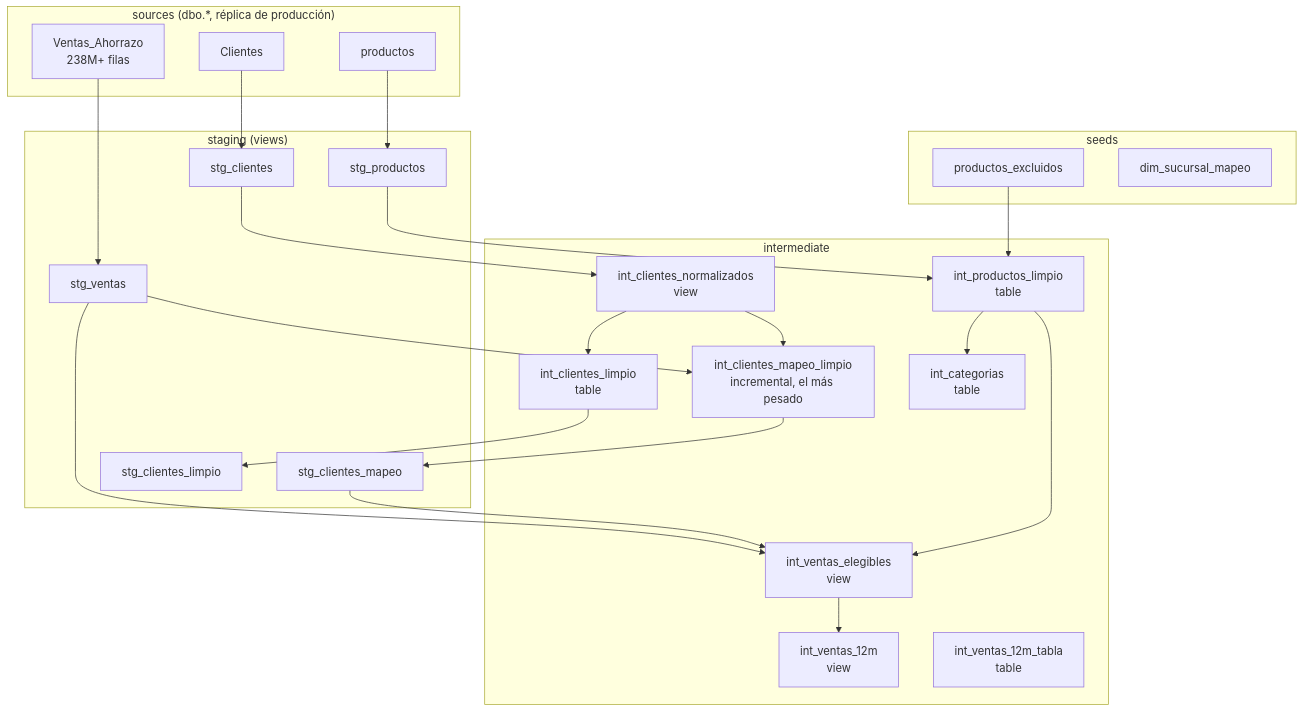
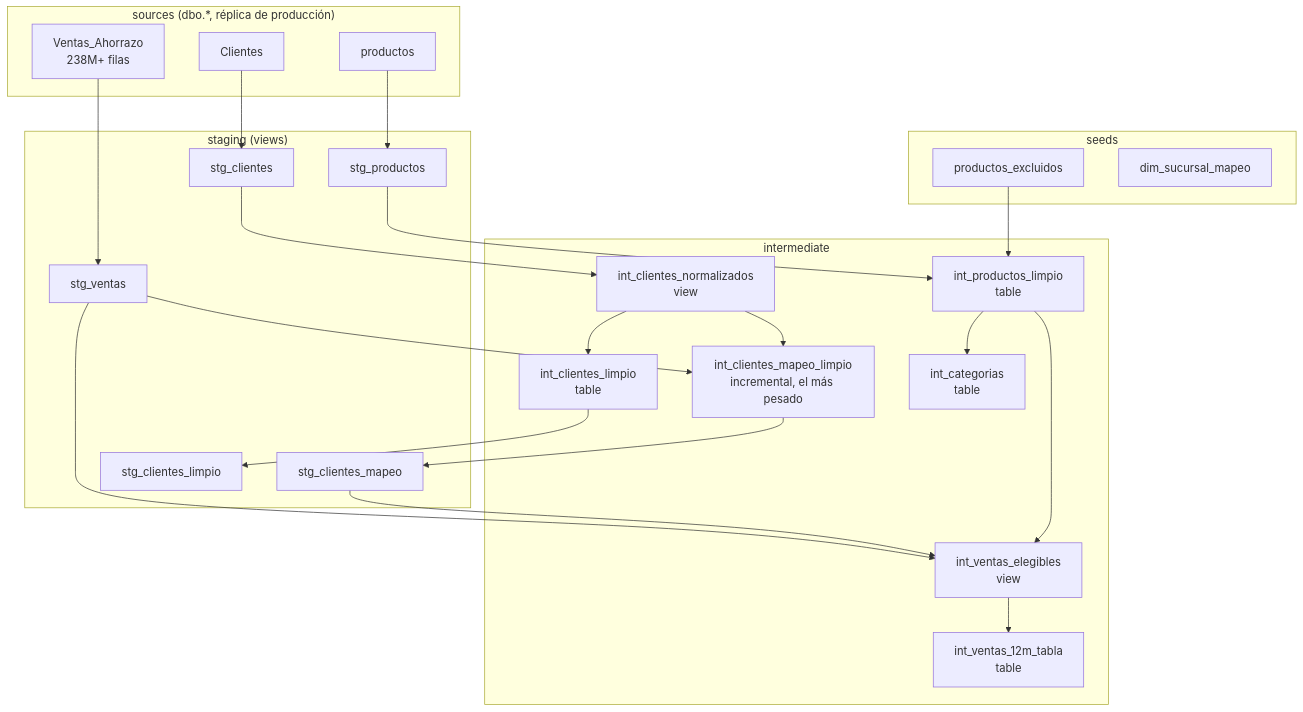
The first of 6 diagrams in ARQUITECTURA.md (adrian-dato/dbt-ahorrazo), drawn with Mermaid before and after one commit. The commit also changed other lines of this file and 17 other files, not shown here.

````diff
--- a/ARQUITECTURA.md
+++ b/ARQUITECTURA.md
@@ -96,53 +96,52 @@
 ```mermaid
 graph TD
     subgraph SRC["sources (dbo.*, réplica de producción)"]
         SRC_VENTAS[Ventas_Ahorrazo<br/>238M+ filas]
         SRC_PROD[productos]
         SRC_CLI[Clientes]
     end
 
     subgraph SEEDS["seeds"]
         SEED_EXCL[productos_excluidos]
         SEED_SUC[dim_sucursal_mapeo]
     end
 
     subgraph STG["staging (views)"]
         STG_VENTAS[stg_ventas]
         STG_PROD[stg_productos]
         STG_CLI[stg_clientes]
         STG_MAPEO[stg_clientes_mapeo]
         STG_LIMPIO[stg_clientes_limpio]
     end
 
     subgraph INT["intermediate"]
         INT_NORM[int_clientes_normalizados<br/>view]
         INT_MAPEO[int_clientes_mapeo_limpio<br/>incremental, el más pesado]
         INT_LIMPIO[int_clientes_limpio<br/>table]
         INT_PROD[int_productos_limpio<br/>table]
         INT_CAT[int_categorias<br/>table]
         INT_ELEG[int_ventas_elegibles<br/>view]
-        INT_12M[int_ventas_12m<br/>view]
         INT_12M_T[int_ventas_12m_tabla<br/>table]
     end
 
     SRC_VENTAS --> STG_VENTAS
     SRC_PROD --> STG_PROD
     SRC_CLI --> STG_CLI
 
     STG_CLI --> INT_NORM
     INT_NORM --> INT_MAPEO
     STG_VENTAS --> INT_MAPEO
     INT_NORM --> INT_LIMPIO
     INT_MAPEO --> STG_MAPEO
     INT_LIMPIO --> STG_LIMPIO
 
     STG_PROD --> INT_PROD
     SEED_EXCL --> INT_PROD
     INT_PROD --> INT_CAT
 
     STG_VENTAS --> INT_ELEG
     STG_MAPEO --> INT_ELEG
     INT_PROD --> INT_ELEG
 
-    INT_ELEG --> INT_12M
+    INT_ELEG --> INT_12M_T
 ```
````
